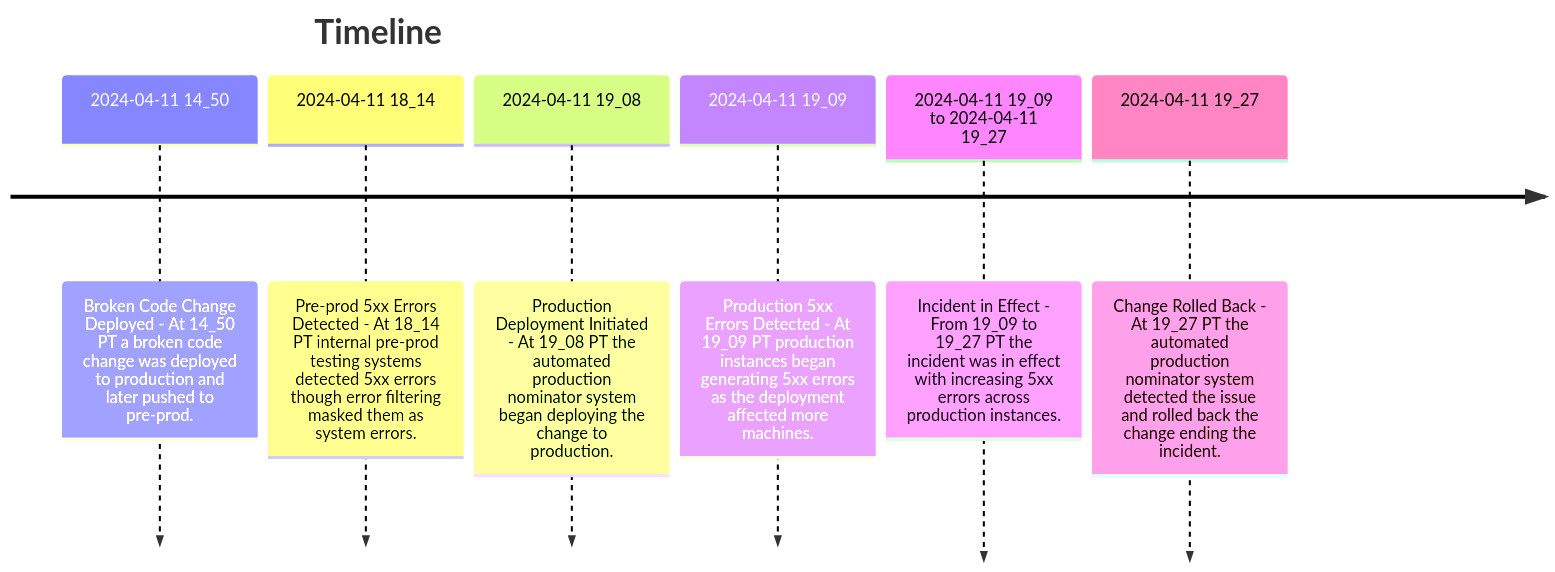
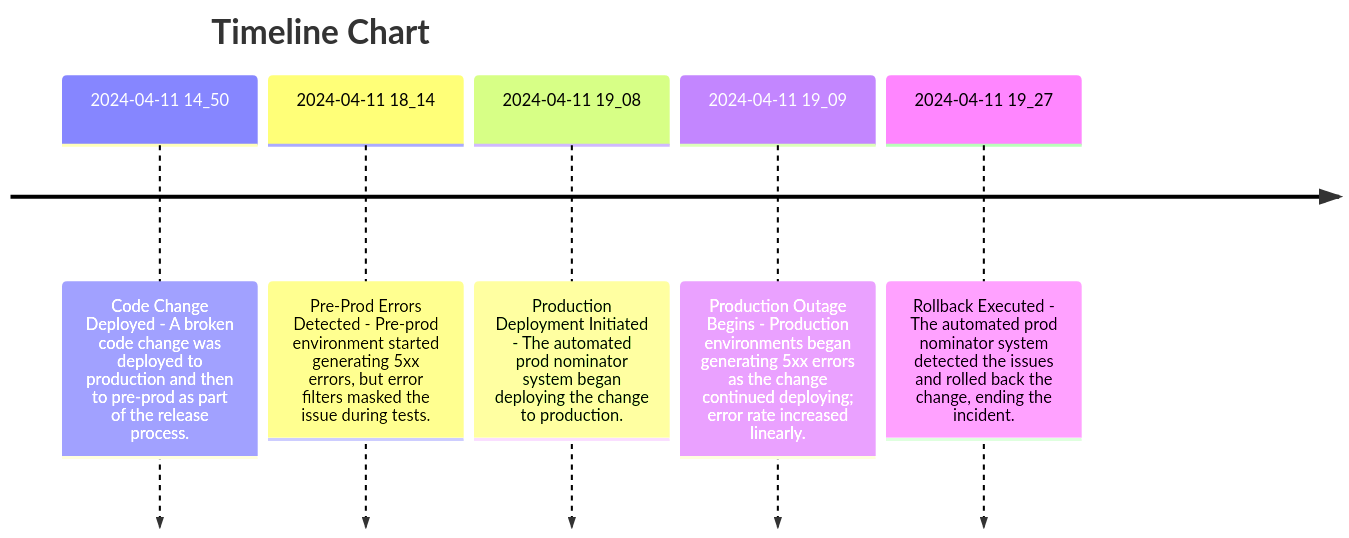
The first of 2 diagrams in example_output.md (Rootly-AI-Labs/IncidentDiagram), drawn with Mermaid before and after one commit. The commit also changed other lines of this file and 1 other file, not shown here.

Commit message:
Changed Chart order to have timeline first and updated example output markdown file in root directory

````diff
--- a/example_output.md
+++ b/example_output.md
@@ -82,10 +1,9 @@
 ```mermaid
 timeline
-    title Timeline
-    2024-04-11 14_50 : Broken Code Change Deployed - At 14_50 PT a broken code change was deployed to production and later pushed to pre-prod.
-    2024-04-11 18_14 : Pre-prod 5xx Errors Detected - At 18_14 PT internal pre-prod testing systems detected 5xx errors though error filtering masked them as system errors.
-    2024-04-11 19_08 : Production Deployment Initiated - At 19_08 PT the automated production nominator system began deploying the change to production.
-    2024-04-11 19_09 : Production 5xx Errors Detected - At 19_09 PT production instances began generating 5xx errors as the deployment affected more machines.
-    2024-04-11 19_09 to 2024-04-11 19_27 : Incident in Effect - From 19_09 to 19_27 PT the incident was in effect with increasing 5xx errors across production instances.
-    2024-04-11 19_27 : Change Rolled Back - At 19_27 PT the automated production nominator system detected the issue and rolled back the change ending the incident.
+    title Timeline Chart
+    2024-04-11 14_50 : Code Change Deployed - A broken code change was deployed to production and then to pre-prod as part of the release process.
+    2024-04-11 18_14 : Pre-Prod Errors Detected - Pre-prod environment started generating 5xx errors, but error filters masked the issue during tests.
+    2024-04-11 19_08 : Production Deployment Initiated - The automated prod nominator system began deploying the change to production.
+    2024-04-11 19_09 : Production Outage Begins - Production environments began generating 5xx errors as the change continued deploying; error rate increased linearly.
+    2024-04-11 19_27 : Rollback Executed - The automated prod nominator system detected the issues and rolled back the change, ending the incident.
 ```
````
